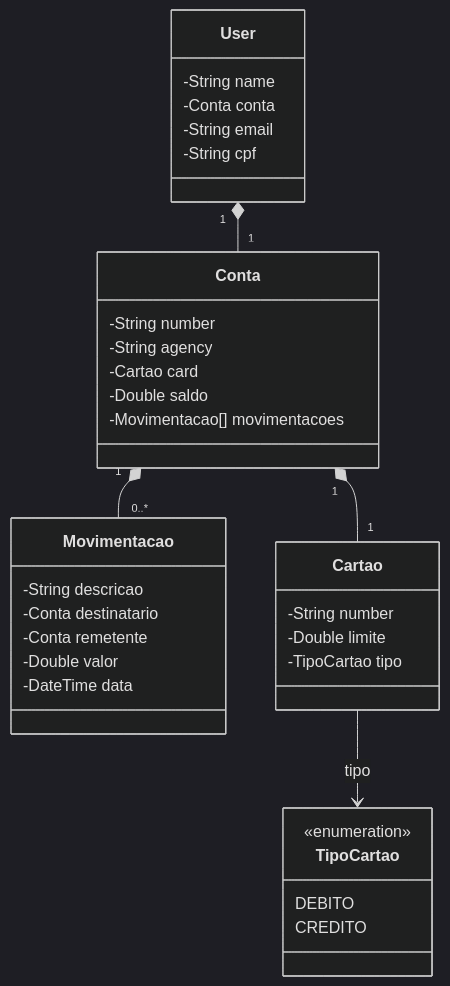
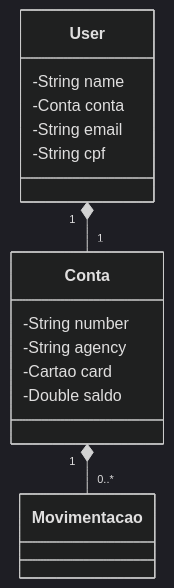
Before and after one commit to hellyaxs/SNTI-projeto-UABJ: the diagram in README.md, drawn with Mermaid (dark theme).

Commit message:
readme atualizado

````diff
--- a/README.md
+++ b/README.md
@@ -17,43 +17,20 @@
 ```mermaid
 classDiagram
   class User {
     -String name
     -Conta conta
     -String email
     -String cpf
   }
 
   class Conta {
     -String number
     -String agency
     -Cartao card
     -Double saldo
-    -Movimentacao[] movimentacoes
   }
   
-  class Movimentacao {
-    -String descricao
-    -Conta destinatario
-    -Conta remetente
-    -Double valor
-    -DateTime data
-  }
-  class TipoCartao {
-    <<enumeration>>
-    DEBITO
-    CREDITO
-  }
-
-  class Cartao {
-    -String number
-    -Double limite
-    -TipoCartao tipo
-  }
-
-
-
+ 
   User "1" *-- "1" Conta
-  Conta "1" *-- "1" Cartao
   Conta "1" *-- "0..*" Movimentacao
-  Cartao --> TipoCartao : tipo
 ```
````
